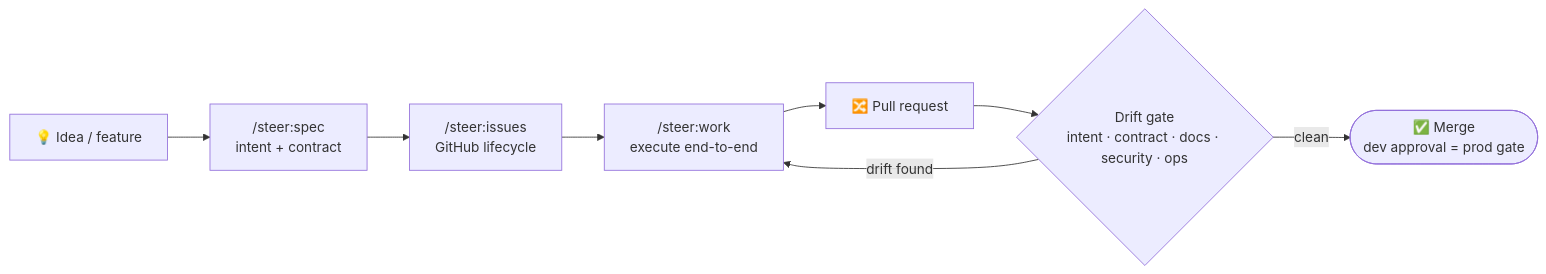
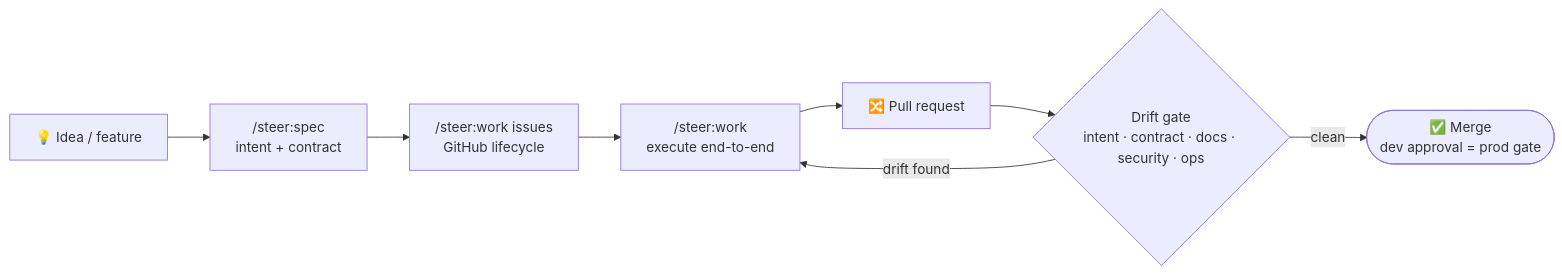
One commit to element22llc/e22-plugins changed the third of 3 diagrams in README.md. Above: the diagram before and after it, drawn with Mermaid. The commit also changed other lines of this file and 57 other files, not shown here.

````diff
--- a/README.md
+++ b/README.md
@@ -123,10 +123,10 @@
 ```mermaid
 flowchart LR
     idea["💡 Idea / feature"] --> spec["/steer:spec<br/>intent + contract"]
-    spec --> issues["/steer:issues<br/>GitHub lifecycle"]
+    spec --> issues["/steer:work issues<br/>GitHub lifecycle"]
     issues --> work["/steer:work<br/>execute end-to-end"]
     work --> pr["🔀 Pull request"]
     pr --> gate{"Drift gate<br/>intent · contract · docs · security · ops"}
     gate -->|drift found| work
     gate -->|clean| merge(["✅ Merge<br/>dev approval = prod gate"])
 ```
````
